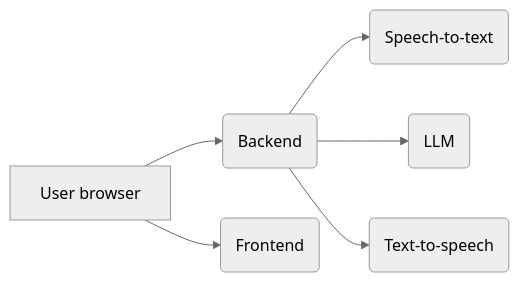
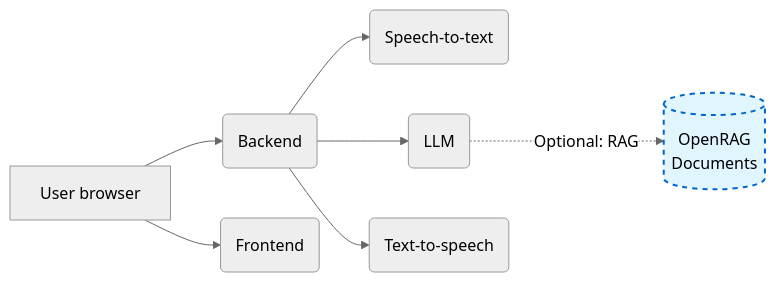
Before and after one commit to mmaudet/unmute: the first of 2 diagrams in README.md, drawn with Mermaid (neutral theme). The commit also changed other lines of this file, not shown here.

Commit message:
Add OpenRAG to architecture diagram
Update the high-level architecture diagram to show OpenRAG integration:
- Add optional OpenRAG Documents component
- Show dashed arrow from LLM to OpenRAG (indicating optional RAG)
- Style OpenRAG box with distinctive blue color and dashed border
- Update text description to mention OpenRAG as LLM option

````diff
--- a/README.md
+++ b/README.md
@@ -14,9 +14,12 @@
 ```mermaid
 graph LR
     UB[User browser]
     UB --> B(Backend)
     UB --> F(Frontend)
     B --> STT(Speech-to-text)
     B --> LLM(LLM)
     B --> TTS(Text-to-speech)
+    LLM -.->|Optional: RAG| OR[(OpenRAG<br/>Documents)]
+
+    style OR fill:#e1f5ff,stroke:#0066cc,stroke-width:2px,stroke-dasharray: 5 5
 ```
````
